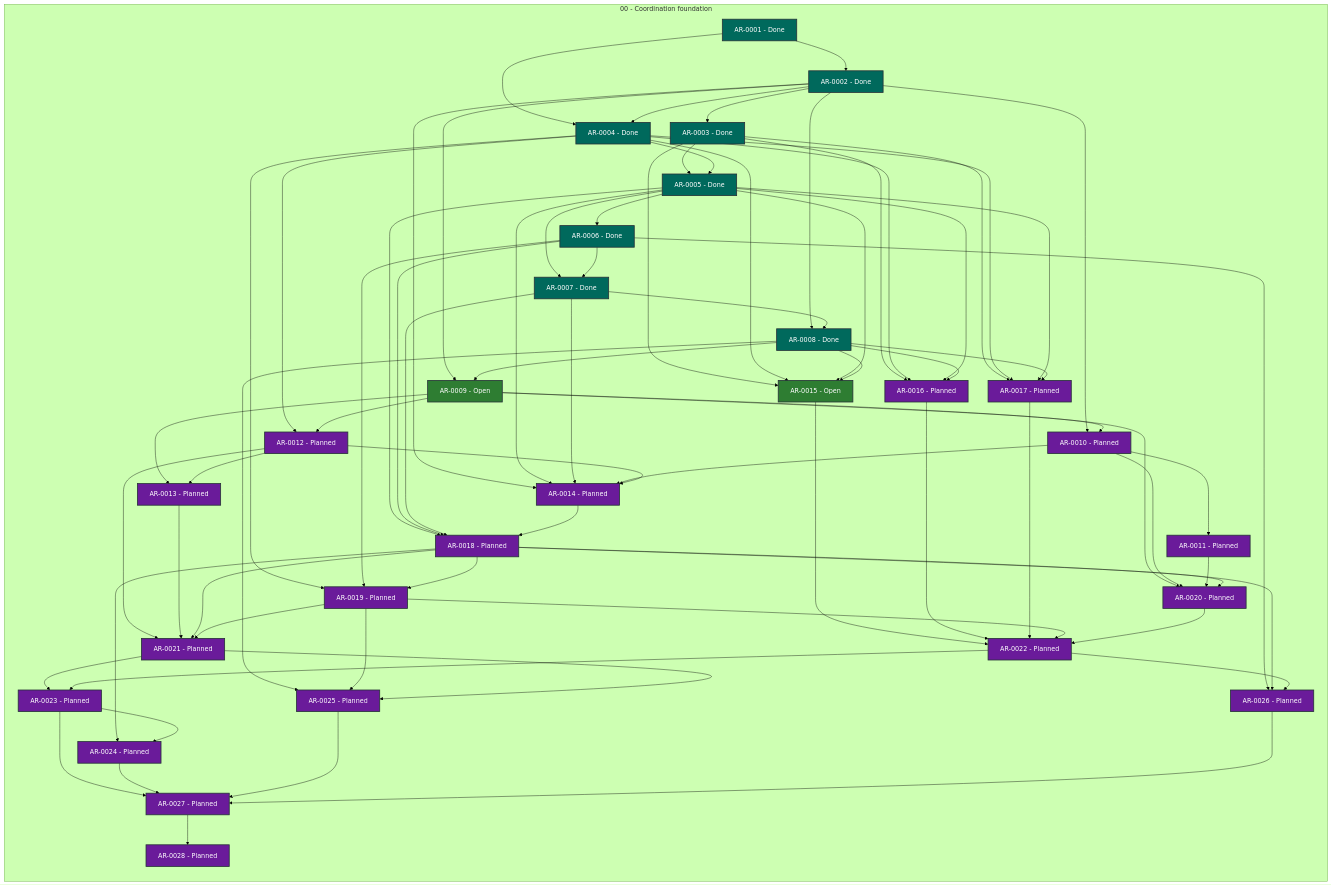
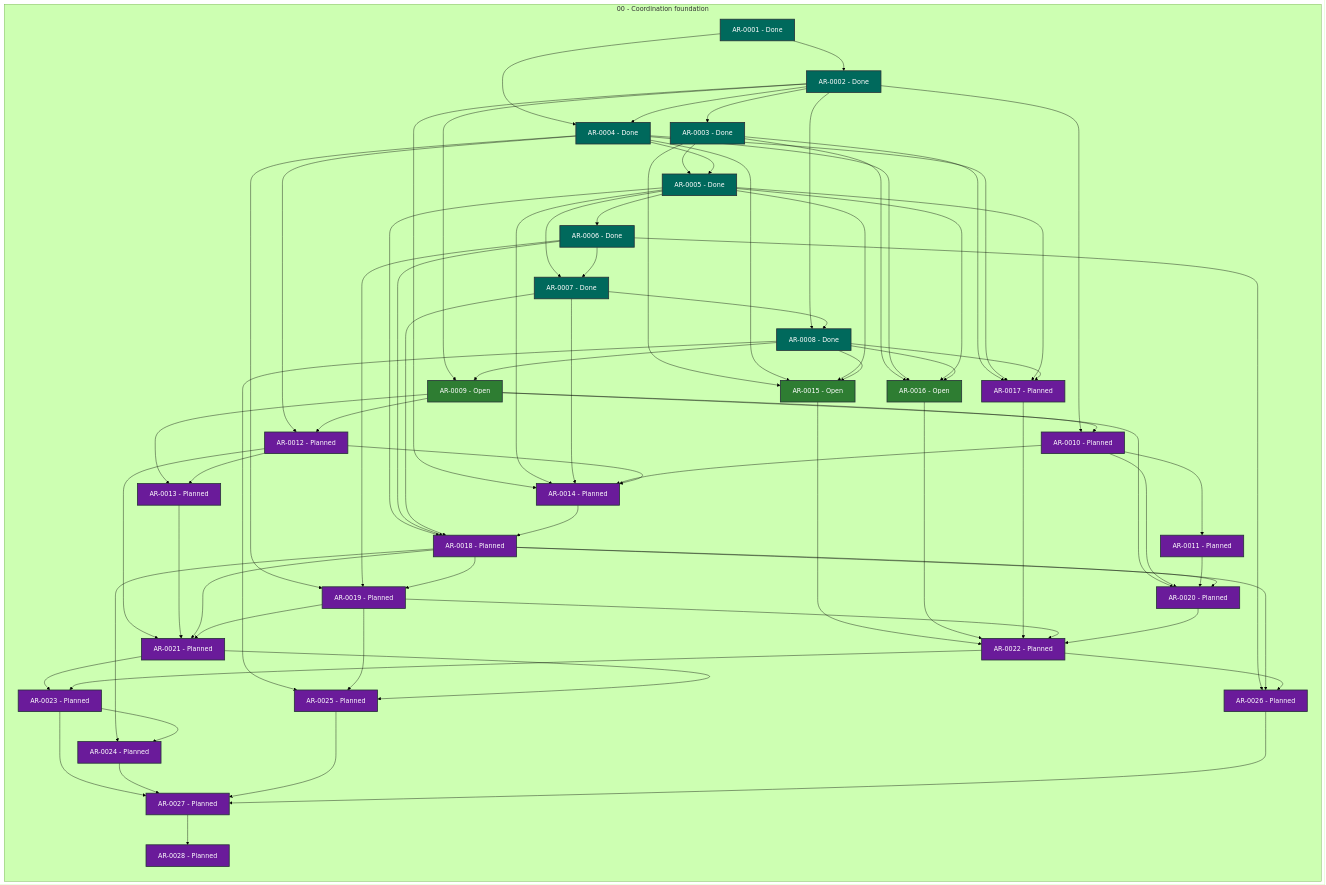
The diagram in STATUS.md (martin-beck/agent-workflow-runtime-state), drawn with Mermaid (forest theme) before and after one commit. The commit also changed other lines of this file and 2 other files, not shown here.

```diff
--- a/STATUS.md
+++ b/STATUS.md
@@ -43,7 +43,7 @@
         AR_0013["AR-0013 - Planned"]:::status_planned
         AR_0014["AR-0014 - Planned"]:::status_planned
         AR_0015["AR-0015 - Open"]:::status_open
-        AR_0016["AR-0016 - Planned"]:::status_planned
+        AR_0016["AR-0016 - Open"]:::status_open
         AR_0017["AR-0017 - Planned"]:::status_planned
         AR_0018["AR-0018 - Planned"]:::status_planned
         AR_0019["AR-0019 - Planned"]:::status_planned
```
